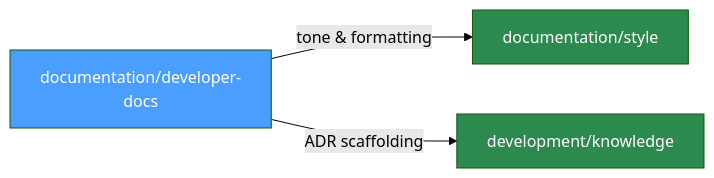
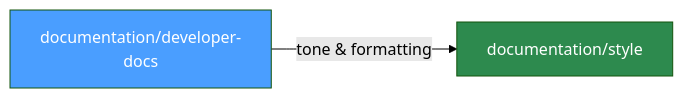
Before and after one commit to lucasilverentand/skills: the third of 9 diagrams in docs/SKILL-TAXONOMY.md, drawn with Mermaid (forest theme). The commit also changed other lines of this file and 79 other files, not shown here.

````diff
--- a/docs/SKILL-TAXONOMY.md
+++ b/docs/SKILL-TAXONOMY.md
@@ -88,8 +86,6 @@
 ```mermaid
 flowchart LR
   A[documentation/developer-docs] -->|"tone & formatting"| B[documentation/style]
-  A -->|"ADR scaffolding"| C[development/knowledge]
   style A fill:#4a9eff,color:#fff
   style B fill:#2d8a4e,color:#fff
-  style C fill:#2d8a4e,color:#fff
 ```
````
